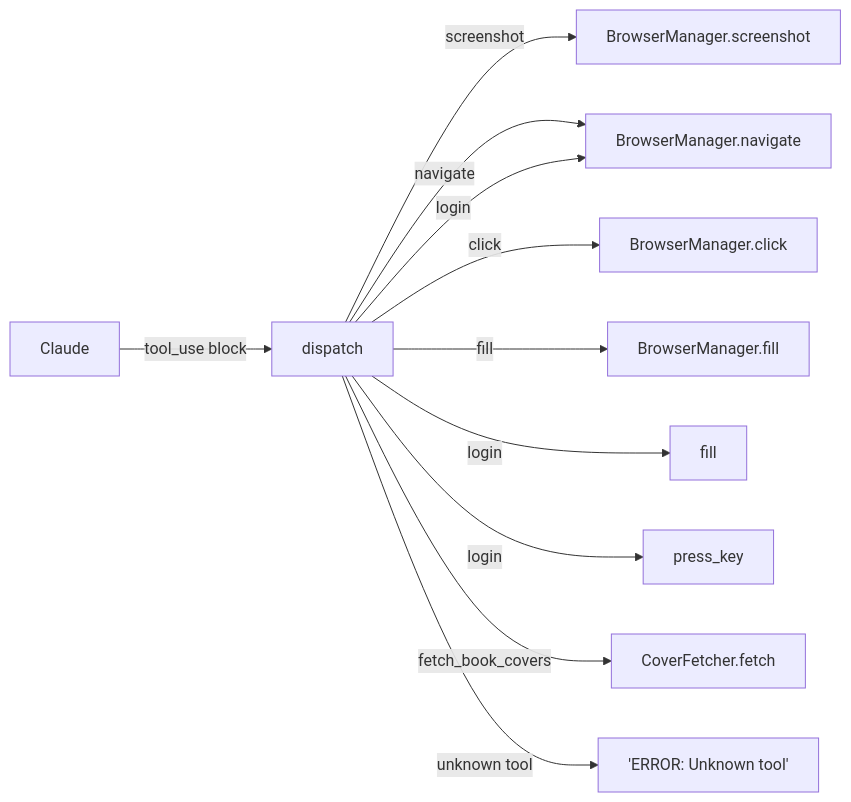
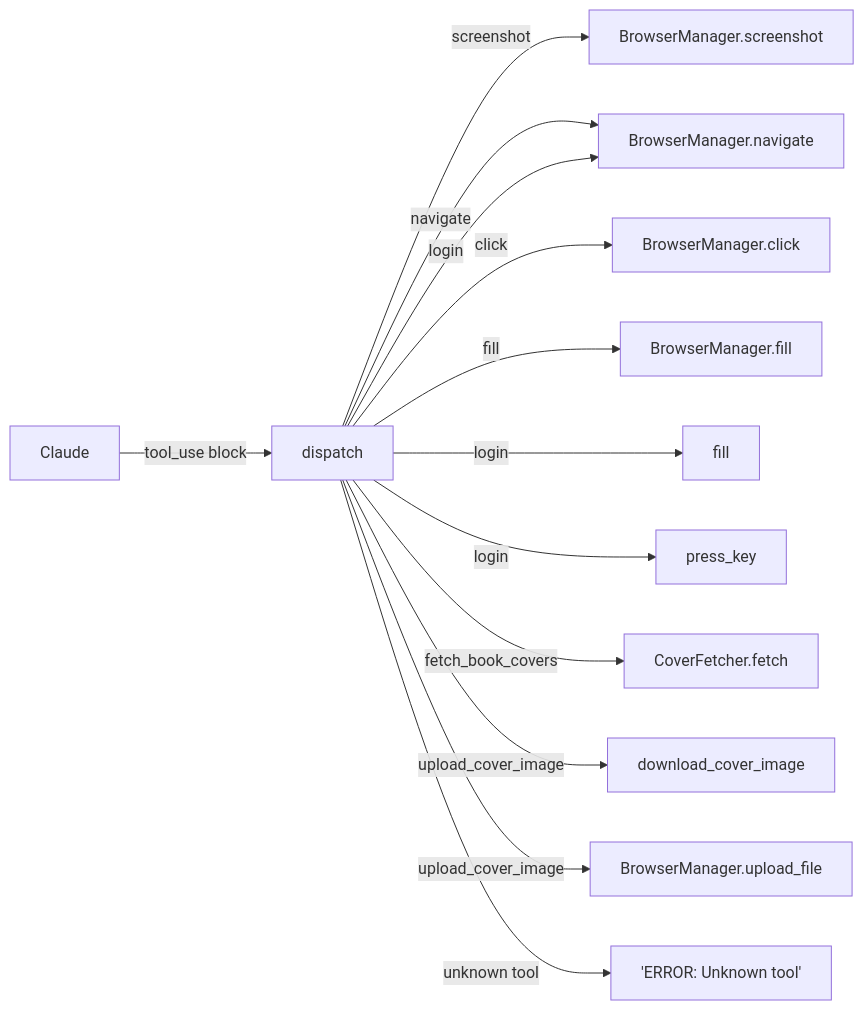
The first of 2 diagrams in site/api/tools.md (mattbriggs/this-or-that-agent), drawn with Mermaid before and after one commit. The commit also changed other lines of this file and 26 other files, not shown here.

````diff
--- a/site/api/tools.md
+++ b/site/api/tools.md
@@ -24,11 +25,12 @@
 ```mermaid
 flowchart LR
     Claude -- "tool_use block" --> dispatch
     dispatch -- screenshot --> BrowserManager.screenshot
     dispatch -- navigate --> BrowserManager.navigate
     dispatch -- click --> BrowserManager.click
     dispatch -- fill --> BrowserManager.fill
     dispatch -- login --> BrowserManager.navigate & fill & press_key
     dispatch -- fetch_book_covers --> CoverFetcher.fetch
+    dispatch -- upload_cover_image --> download_cover_image & BrowserManager.upload_file
     dispatch -- "unknown tool" --> ErrorString["'ERROR: Unknown tool'"]
 ```
````
